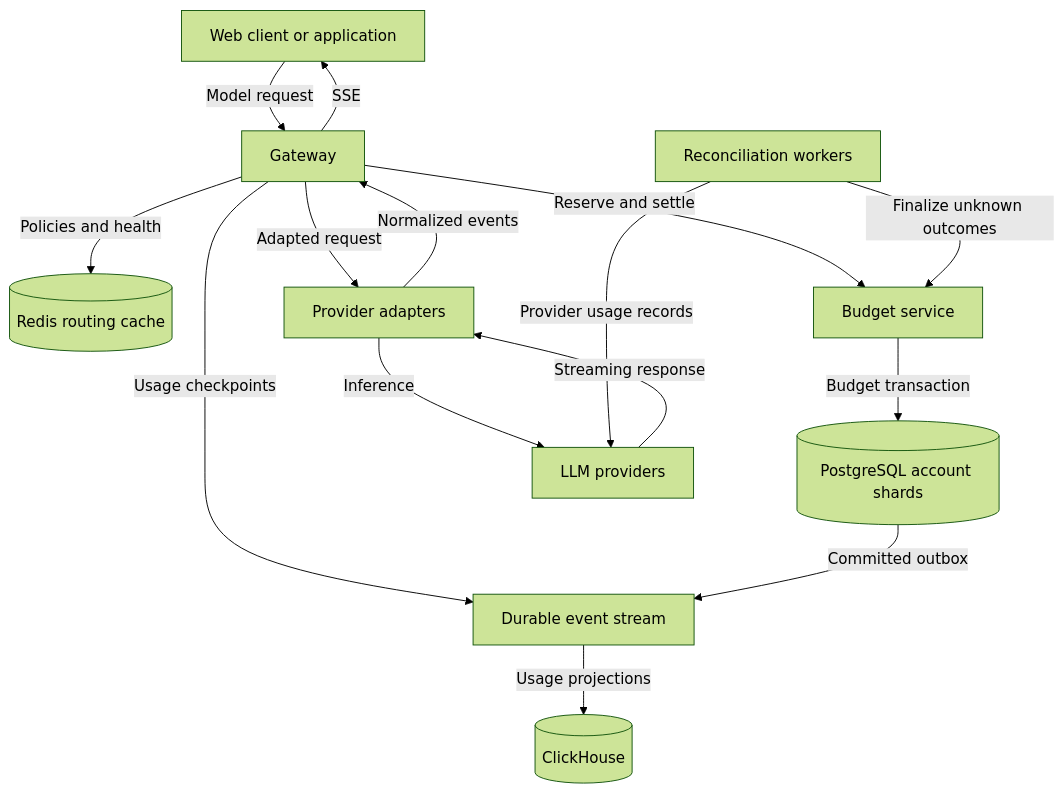
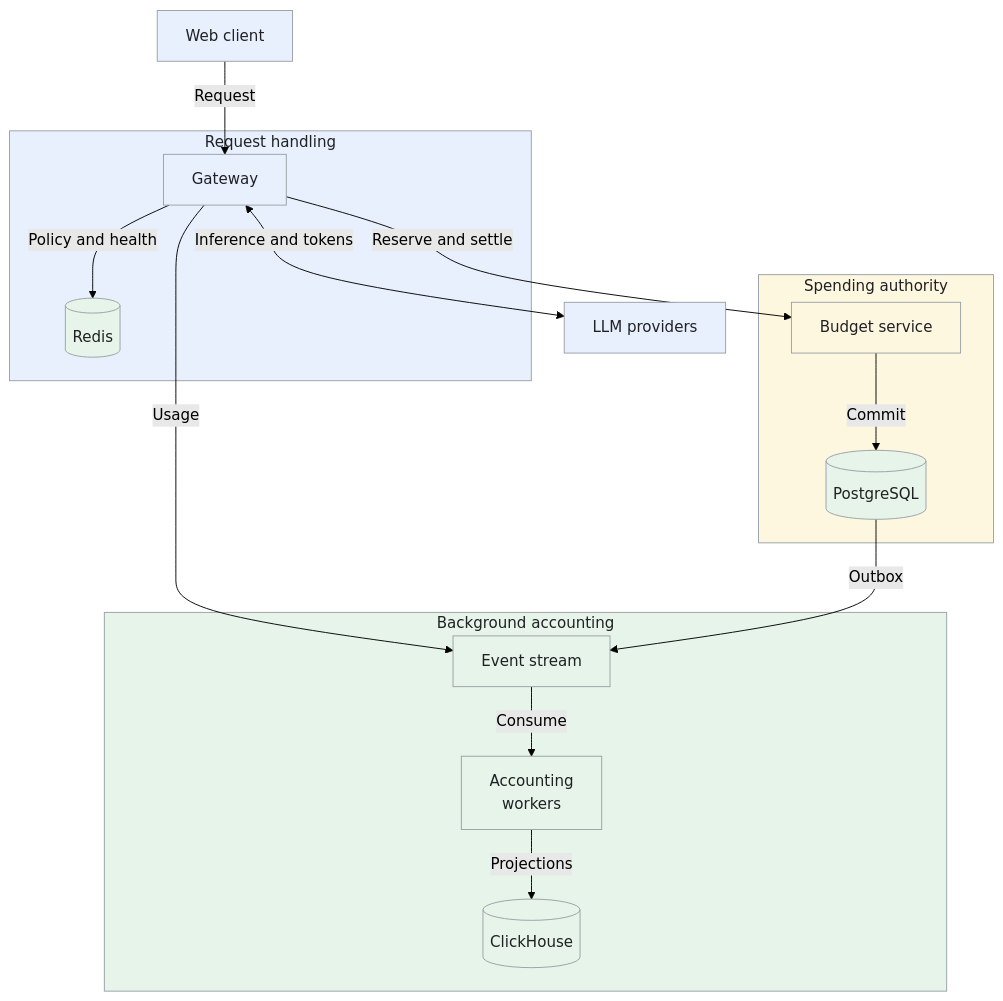
One commit to iliazlobin/iliazlobin.github.io changed the first of 5 diagrams in _designs/system-design-openrouter.md. Above: the diagram before and after it, drawn with Mermaid (forest theme). The commit also changed other lines of this file and 131 other files, not shown here.

````diff
--- a/_designs/system-design-openrouter.md
+++ b/_designs/system-design-openrouter.md
@@ -136,17 +136,36 @@
 ```mermaid
 flowchart TB
-  C[Web client or application] -->|Model request| G[Gateway]
-  G -->|Policies and health| R[(Redis routing cache)]
-  G -->|Reserve and settle| B[Budget service]
-  B -->|Budget transaction| P[(PostgreSQL account shards)]
-  G -->|Adapted request| A[Provider adapters]
-  A -->|Inference| U[LLM providers]
-  U -->|Streaming response| A
-  A -->|Normalized events| G
-  G -->|SSE| C
-  G -->|Usage checkpoints| E[Durable event stream]
-  P -->|Committed outbox| E
-  E -->|Usage projections| H[(ClickHouse)]
-  X[Reconciliation workers] -->|Provider usage records| U
-  X -->|Finalize unknown outcomes| B
+  C[Web client]
+  U[LLM providers]
+  subgraph Request["Request handling"]
+    G[Gateway]
+    R[(Redis)]
+  end
+  subgraph Spending["Spending authority"]
+    B[Budget service]
+    P[(PostgreSQL)]
+  end
+  subgraph Accounting["Background accounting"]
+    E[Event stream]
+    H[(ClickHouse)]
+    X["Accounting<br>workers"]
+  end
+  C -->|Request| G
+  G -->|Policy and health| R
+  G -->|Reserve and settle| B
+  B -->|Commit| P
+  G <-->|Inference and tokens| U
+  G -->|Usage| E
+  P -->|Outbox| E
+  E -->|Consume| X
+  X -->|Projections| H
+  classDef request fill:#e8f0fe,stroke:#9aa0a6,color:#202124,stroke-width:1px
+  classDef background fill:#e6f4ea,stroke:#9aa0a6,color:#202124,stroke-width:1px
+  classDef control fill:#fef7e0,stroke:#9aa0a6,color:#202124,stroke-width:1px
+  class C,G,U request
+  class R,P,E,H,X background
+  class B control
+  style Request fill:#e8f0fe,stroke:#9aa0a6,color:#202124,stroke-width:1px
+  style Spending fill:#fef7e0,stroke:#9aa0a6,color:#202124,stroke-width:1px
+  style Accounting fill:#e6f4ea,stroke:#9aa0a6,color:#202124,stroke-width:1px
 ```
````
